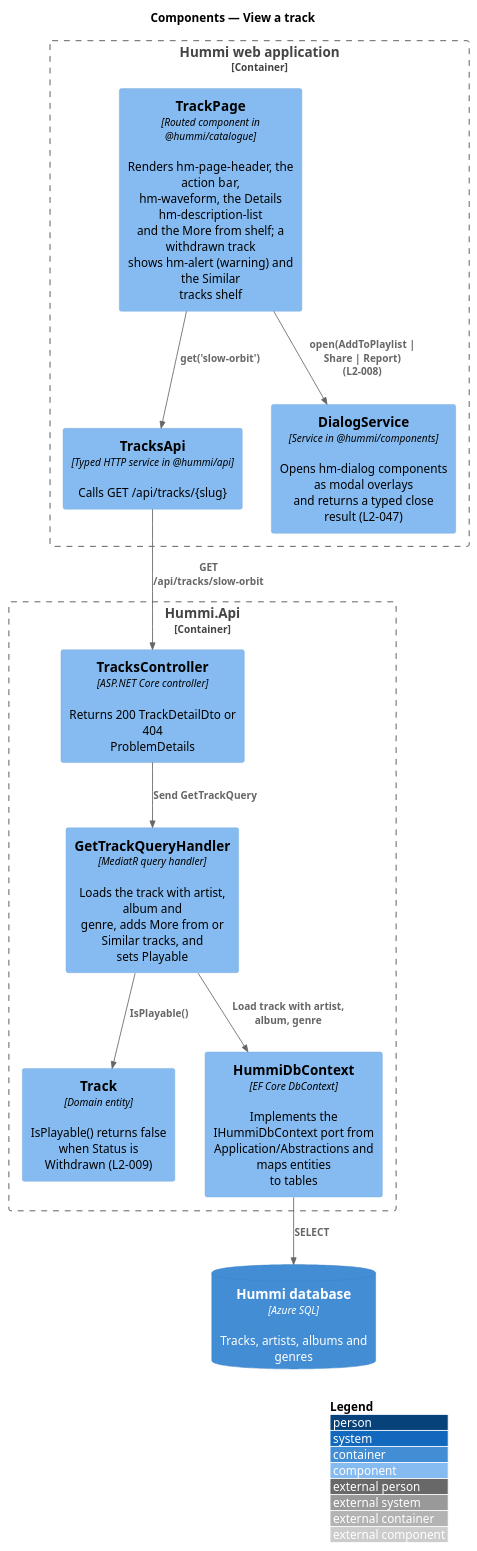
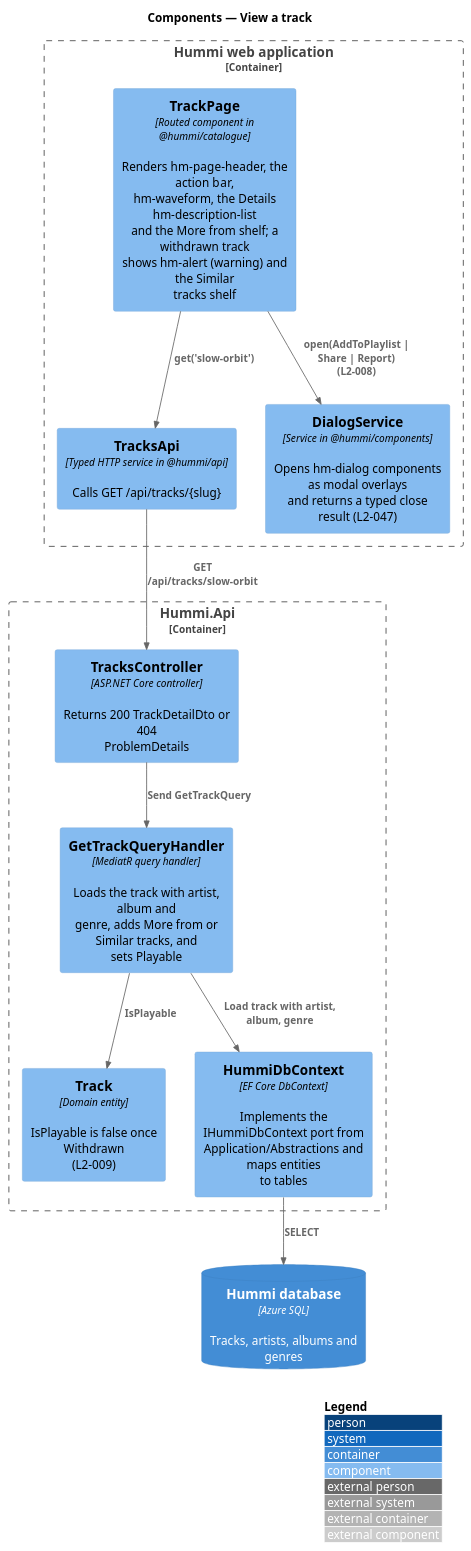
One commit to QuinntyneBrown/hummi changed the diagram in docs/detailed-designs/catalogue/view-track/diagrams/c4-component.puml. Above: the diagram before and after it, drawn with PlantUML. The commit also changed 119 other files, not shown here.

```diff
--- a/docs/detailed-designs/catalogue/view-track/diagrams/c4-component.puml
+++ b/docs/detailed-designs/catalogue/view-track/diagrams/c4-component.puml
@@ -1,25 +1,25 @@
 @startuml
 !include <C4/C4_Component>
 LAYOUT_WITH_LEGEND()
 title Components — View a track
 
 Container_Boundary(spa, "Hummi web application") {
   Component(page, "TrackPage", "Routed component in @hummi/catalogue", "Renders hm-page-header, the action bar,\nhm-waveform, the Details hm-description-list\nand the More from shelf; a withdrawn track\nshows hm-alert (warning) and the Similar\ntracks shelf")
   Component(client, "TracksApi", "Typed HTTP service in @hummi/api", "Calls GET /api/tracks/{slug}")
   Component(dialogs, "DialogService", "Service in @hummi/components", "Opens hm-dialog components as modal overlays\nand returns a typed close result (L2-047)")
 }
 Container_Boundary(api, "Hummi.Api") {
   Component(ctl, "TracksController", "ASP.NET Core controller", "Returns 200 TrackDetailDto or 404\nProblemDetails")
   Component(q, "GetTrackQueryHandler", "MediatR query handler", "Loads the track with artist, album and\ngenre, adds More from or Similar tracks, and\nsets Playable")
-  Component(track, "Track", "Domain entity", "IsPlayable() returns false when Status is\nWithdrawn (L2-009)")
+  Component(track, "Track", "Domain entity", "IsPlayable is false once Withdrawn\n(L2-009)")
   Component(ctx, "HummiDbContext", "EF Core DbContext", "Implements the IHummiDbContext port from\nApplication/Abstractions and maps entities\nto tables")
 }
 ContainerDb(db, "Hummi database", "Azure SQL", "Tracks, artists, albums and genres")
 Rel(page, client, "get('slow-orbit')")
 Rel(client, ctl, "GET /api/tracks/slow-orbit")
 Rel(ctl, q, "Send GetTrackQuery")
 Rel(q, ctx, "Load track with artist, album, genre")
 Rel(ctx, db, "SELECT")
-Rel(q, track, "IsPlayable()")
+Rel(q, track, "IsPlayable")
 Rel(page, dialogs, "open(AddToPlaylist | Share | Report)\n(L2-008)")
 @enduml
```
